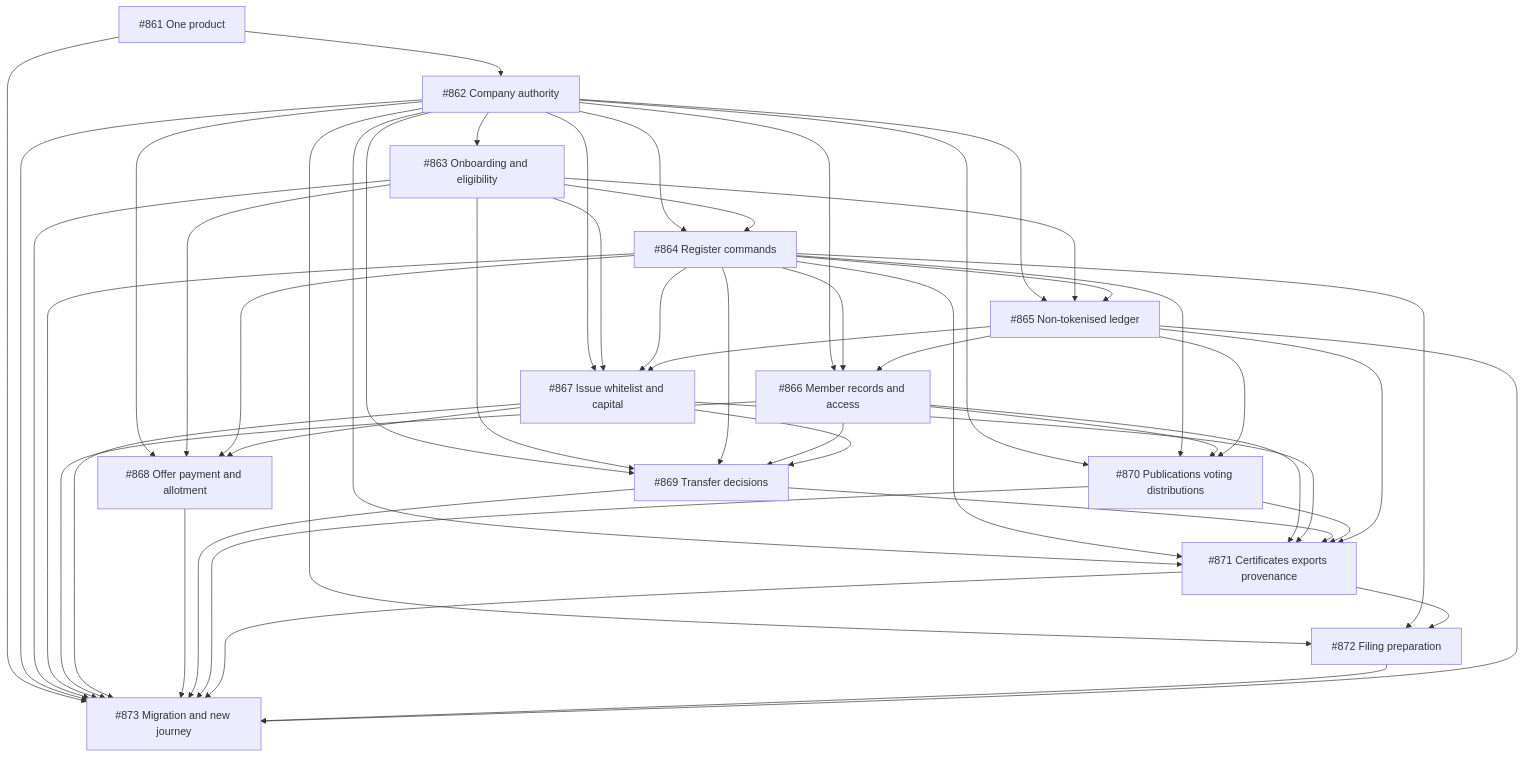
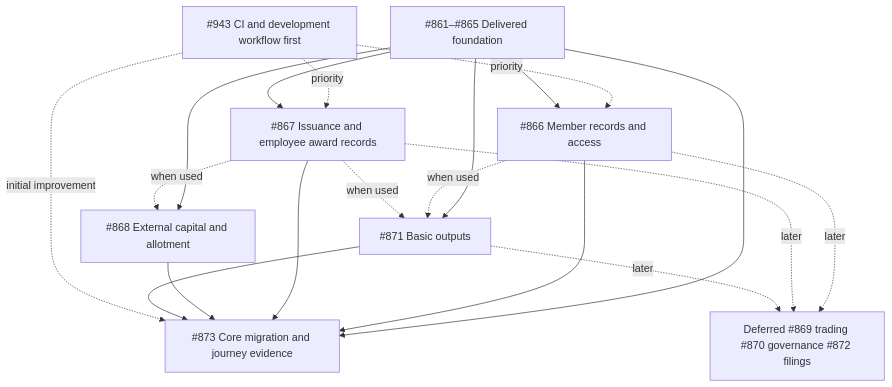
The diagram in docs/plans/company-managed-registers/README.md (Ledova/ledova), drawn with Mermaid before and after one commit. The commit also changed other lines of this file and 13 other files, not shown here.

````diff
--- a/docs/plans/company-managed-registers/README.md
+++ b/docs/plans/company-managed-registers/README.md
@@ -141,65 +147,29 @@
 ```mermaid
 flowchart TB
-    modes["#861 One product"]
-    authority["#862 Company authority"]
-    onboarding["#863 Onboarding and eligibility"]
-    register["#864 Register commands"]
-    nonchain["#865 Non-tokenised ledger"]
+    workflow["#943 CI and development workflow first"]
+    foundation["#861–#865 Delivered foundation"]
     participants["#866 Member records and access"]
-    issuance["#867 Issue whitelist and capital"]
-    primary["#868 Offer payment and allotment"]
-    transfers["#869 Transfer decisions"]
-    governance["#870 Publications voting distributions"]
-    outputs["#871 Certificates exports provenance"]
-    filings["#872 Filing preparation"]
-    acceptance["#873 Migration and new journey"]
-    modes --> authority
-    authority --> onboarding
-    authority --> register
-    onboarding --> register
-    authority --> nonchain
-    onboarding --> nonchain
-    register --> nonchain
-    authority --> participants
-    register --> participants
-    nonchain --> participants
-    authority --> issuance
-    onboarding --> issuance
-    register --> issuance
-    nonchain --> issuance
-    authority --> primary
-    onboarding --> primary
-    register --> primary
-    issuance --> primary
-    authority --> transfers
-    onboarding --> transfers
-    register --> transfers
-    participants --> transfers
-    issuance --> transfers
-    authority --> governance
-    register --> governance
-    participants --> governance
-    nonchain --> governance
-    authority --> outputs
-    register --> outputs
-    participants --> outputs
-    issuance --> outputs
-    transfers --> outputs
-    governance --> outputs
-    nonchain --> outputs
-    authority --> filings
-    register --> filings
-    outputs --> filings
-    modes --> acceptance
-    authority --> acceptance
-    onboarding --> acceptance
-    register --> acceptance
+    issuance["#867 Issuance and employee award records"]
+    primary["#868 External capital and allotment"]
+    outputs["#871 Basic outputs"]
+    acceptance["#873 Core migration and journey evidence"]
+    later["Deferred #869 trading #870 governance #872 filings"]
+    workflow -. priority .-> participants
+    workflow -. priority .-> issuance
+    foundation --> participants
+    foundation --> issuance
+    foundation --> primary
+    issuance -. when used .-> primary
+    foundation --> outputs
+    participants -. when used .-> outputs
+    issuance -. when used .-> outputs
+    foundation --> acceptance
     participants --> acceptance
     issuance --> acceptance
     primary --> acceptance
-    transfers --> acceptance
-    governance --> acceptance
     outputs --> acceptance
-    filings --> acceptance
-    nonchain --> acceptance
+    workflow -. initial improvement .-> acceptance
+    participants -. later .-> later
+    issuance -. later .-> later
+    outputs -. later .-> later
 ```
````
